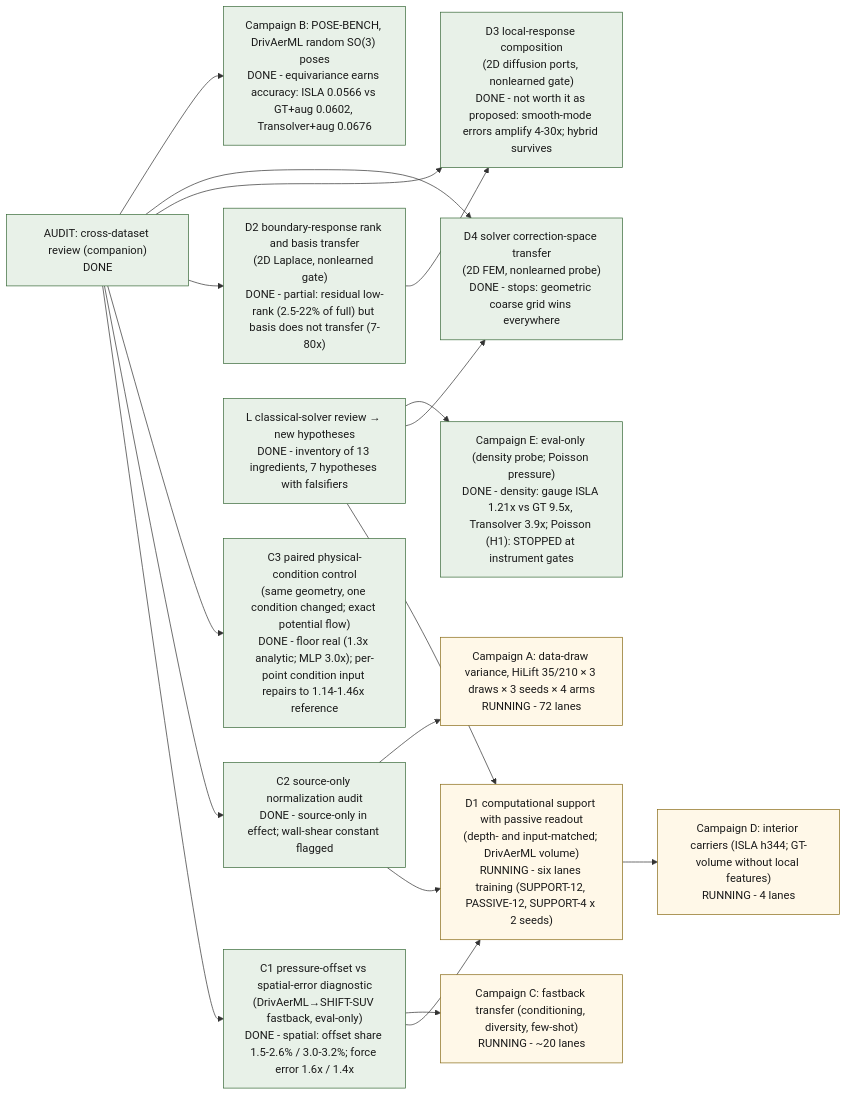
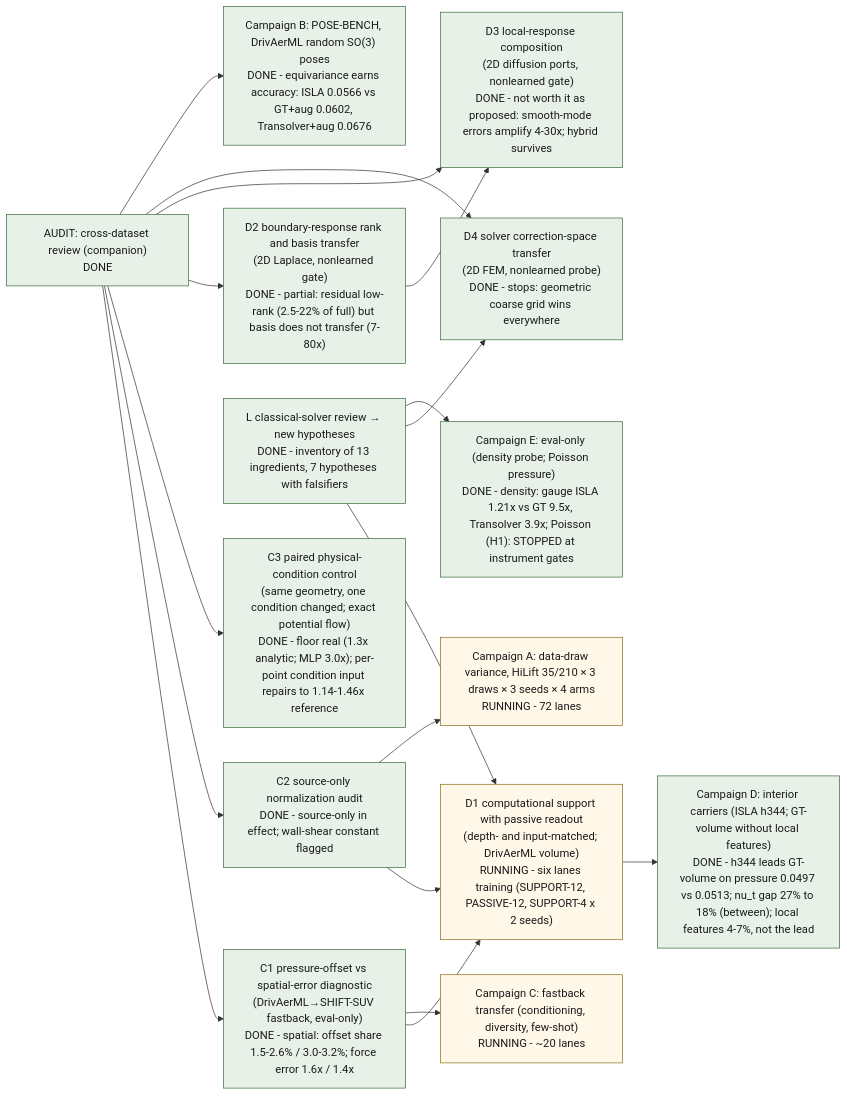
One commit to peterdsharpe/modulus changed the diagram in examples/cfd/mesh_transformer/research/transfer_program/index.qmd. Above: the diagram before and after it, drawn with Mermaid. The commit also changed other lines of this file and 3 other files, not shown here.

Commit message:
Transfer program: campaign D verdict (ISLA hidden 344 leads GeoTransolver-volume on pressure and velocity at matched parameters; nu_t gap 27% to 18%, between; local features 4-7%, not the lead); chapter 7 section; ledger; artifact

````diff
--- a/examples/cfd/mesh_transformer/research/transfer_program/index.qmd
+++ b/examples/cfd/mesh_transformer/research/transfer_program/index.qmd
@@ -36,37 +36,37 @@
 ```{mermaid}
 flowchart LR
   classDef done fill:#e8f1e8,stroke:#3a6b3a,color:#1a1a1a
   classDef running fill:#fff8e8,stroke:#8a6d1a,color:#1a1a1a
   classDef ready fill:#eef3fb,stroke:#2a5ba8,color:#1a1a1a
   classDef planned fill:#f2f1ec,stroke:#898781,color:#1a1a1a,stroke-dasharray:4 3
   AUDIT["AUDIT: cross-dataset review (companion)<br/>DONE"]:::done
   POFF["C1 pressure-offset vs spatial-error diagnostic<br/>(DrivAerML→SHIFT-SUV fastback, eval-only)<br/>DONE - spatial: offset share 1.5-2.6% / 3.0-3.2%; force error 1.6x / 1.4x"]:::done
   SNORM["C2 source-only normalization audit<br/>DONE - source-only in effect; wall-shear constant flagged"]:::done
   PAIR["C3 paired physical-condition control<br/>(same geometry, one condition changed; exact potential flow)<br/>DONE - floor real (1.3x analytic; MLP 3.0x); per-point condition input repairs to 1.14-1.46x reference"]:::done
   SUPP["D1 computational support with passive readout<br/>(depth- and input-matched; DrivAerML volume)<br/>RUNNING - six lanes training (SUPPORT-12, PASSIVE-12, SUPPORT-4 x 2 seeds)"]:::running
   RESP["D2 boundary-response rank and basis transfer<br/>(2D Laplace, nonlearned gate)<br/>DONE - partial: residual low-rank (2.5-22% of full) but basis does not transfer (7-80x)"]:::done
   COMP["D3 local-response composition<br/>(2D diffusion ports, nonlearned gate)<br/>DONE - not worth it as proposed: smooth-mode errors amplify 4-30x; hybrid survives"]:::done
   SOLV["D4 solver correction-space transfer<br/>(2D FEM, nonlearned probe)<br/>DONE - stops: geometric coarse grid wins everywhere"]:::done
   CLASS["L classical-solver review → new hypotheses<br/>DONE - inventory of 13 ingredients, 7 hypotheses with falsifiers"]:::done
   CAMPA["Campaign A: data-draw variance, HiLift 35/210 × 3 draws × 3 seeds × 4 arms<br/>RUNNING - 72 lanes"]:::running
   CAMPB["Campaign B: POSE-BENCH, DrivAerML random SO(3) poses<br/>DONE - equivariance earns accuracy: ISLA 0.0566 vs GT+aug 0.0602, Transolver+aug 0.0676"]:::done
   CAMPC["Campaign C: fastback transfer (conditioning, diversity, few-shot)<br/>RUNNING - ~20 lanes"]:::running
-  CAMPD["Campaign D: interior carriers (ISLA h344; GT-volume without local features)<br/>RUNNING - 4 lanes"]:::running
+  CAMPD["Campaign D: interior carriers (ISLA h344; GT-volume without local features)<br/>DONE - h344 leads GT-volume on pressure 0.0497 vs 0.0513; nu_t gap 27% to 18% (between); local features 4-7%, not the lead"]:::done
   CAMPE["Campaign E: eval-only (density probe; Poisson pressure)<br/>DONE - density: gauge ISLA 1.21x vs GT 9.5x, Transolver 3.9x; Poisson (H1): STOPPED at instrument gates"]:::done
   AUDIT --> POFF
   AUDIT --> SNORM
   AUDIT --> PAIR
   POFF --> SUPP
   SNORM --> SUPP
   AUDIT --> RESP
   AUDIT --> COMP
   AUDIT --> SOLV
   RESP --> COMP
   CLASS --> SUPP
   CLASS --> SOLV
   POFF --> CAMPC
   SNORM --> CAMPA
   CLASS --> CAMPE
   SUPP --> CAMPD
   AUDIT --> CAMPB
 ```
````
